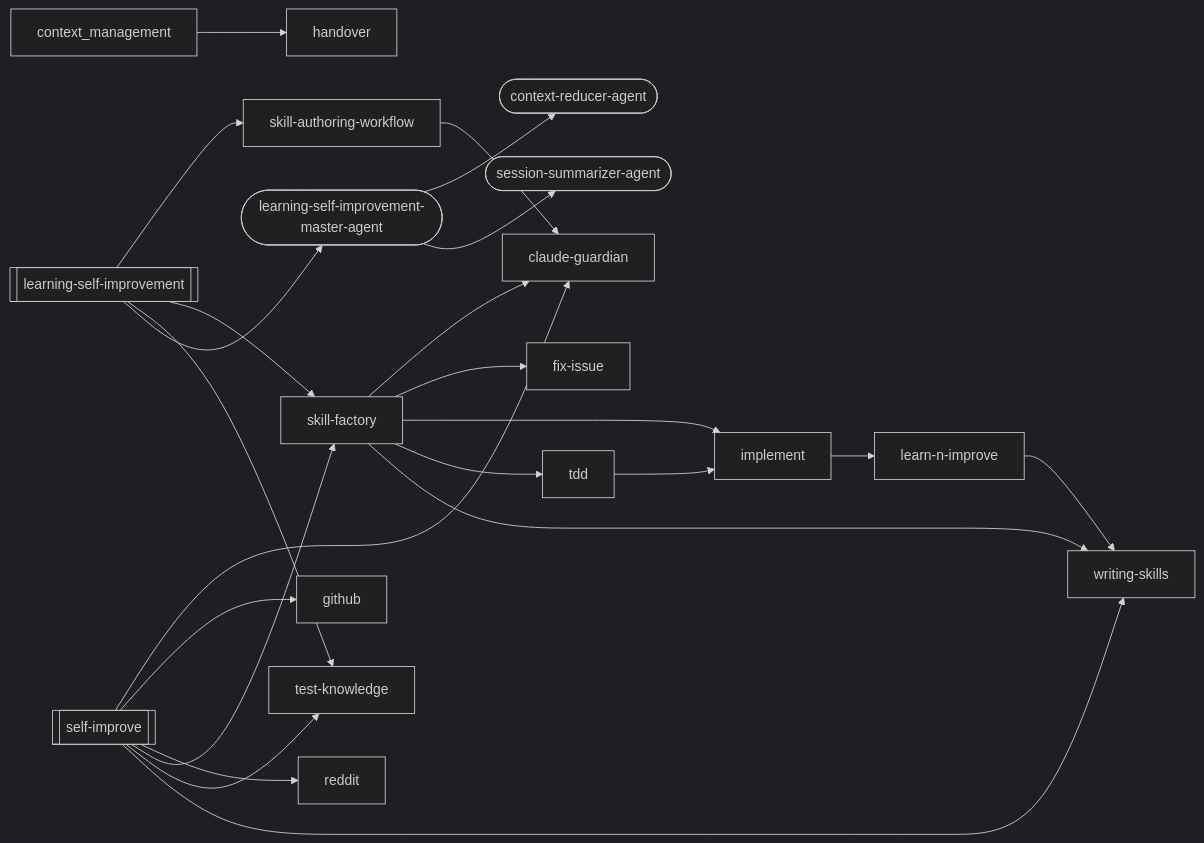
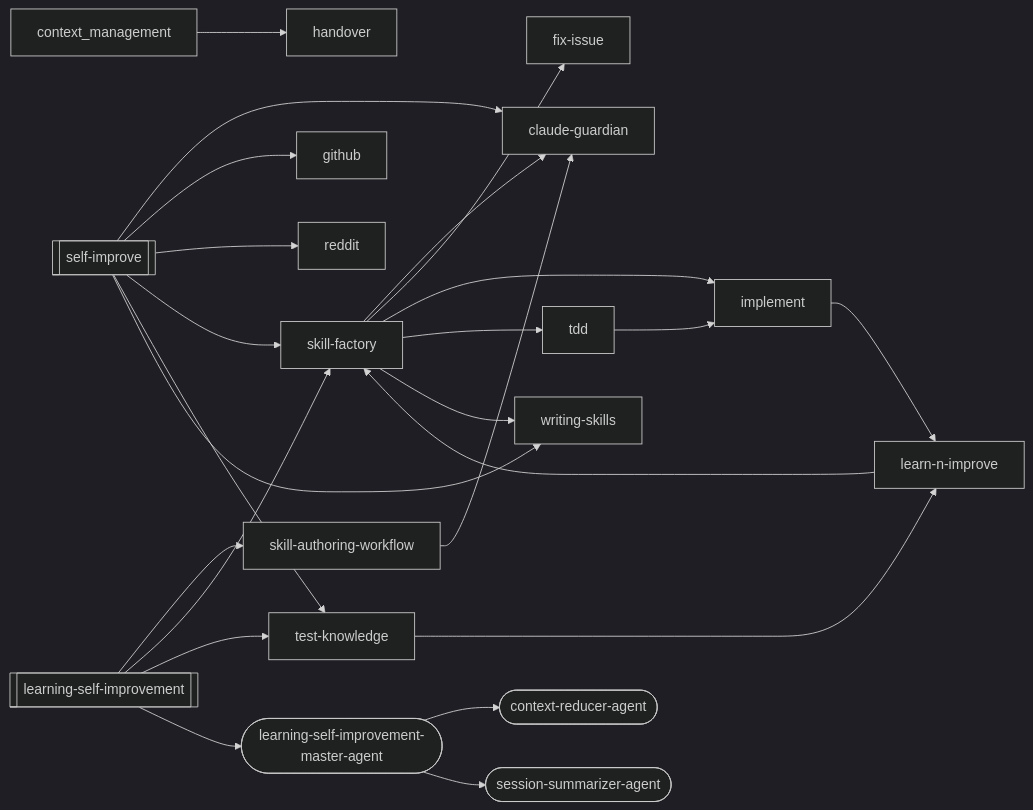
The third of 20 diagrams in docs/workflows/learning-self-improvement.md (abhayla/claude-best-practices), drawn with Mermaid (dark theme) before and after one commit. The commit also changed other lines of this file and 12 other files, not shown here.

````diff
--- a/docs/workflows/learning-self-improvement.md
+++ b/docs/workflows/learning-self-improvement.md
@@ -316,42 +313,43 @@
 ```mermaid
 graph LR
     learning_self_improvement[["learning-self-improvement"]]
     self_improve[["self-improve"]]
     claude_guardian["claude-guardian"]
     context_reducer_agent(["context-reducer-agent"])
     fix_issue["fix-issue"]
     github["github"]
     handover["handover"]
     implement["implement"]
     learn_n_improve["learn-n-improve"]
     learning_self_improvement_master_agent(["learning-self-improvement-master-agent"])
     reddit["reddit"]
     session_summarizer_agent(["session-summarizer-agent"])
     skill_authoring_workflow["skill-authoring-workflow"]
     skill_factory["skill-factory"]
     tdd["tdd"]
     test_knowledge["test-knowledge"]
     writing_skills["writing-skills"]
     implement --> learn_n_improve
-    learn_n_improve --> writing_skills
+    learn_n_improve --> skill_factory
     learning_self_improvement --> skill_authoring_workflow
     learning_self_improvement --> skill_factory
     learning_self_improvement --> test_knowledge
     learning_self_improvement --> learning_self_improvement_master_agent
     skill_authoring_workflow --> claude_guardian
     skill_factory --> claude_guardian
     skill_factory --> fix_issue
     skill_factory --> implement
     skill_factory --> tdd
     skill_factory --> writing_skills
     tdd --> implement
+    test_knowledge --> learn_n_improve
     self_improve --> claude_guardian
     self_improve --> github
     self_improve --> reddit
     self_improve --> skill_factory
     self_improve --> test_knowledge
     self_improve --> writing_skills
     learning_self_improvement_master_agent --> context_reducer_agent
     learning_self_improvement_master_agent --> session_summarizer_agent
     context_management --> handover
 ```
````
